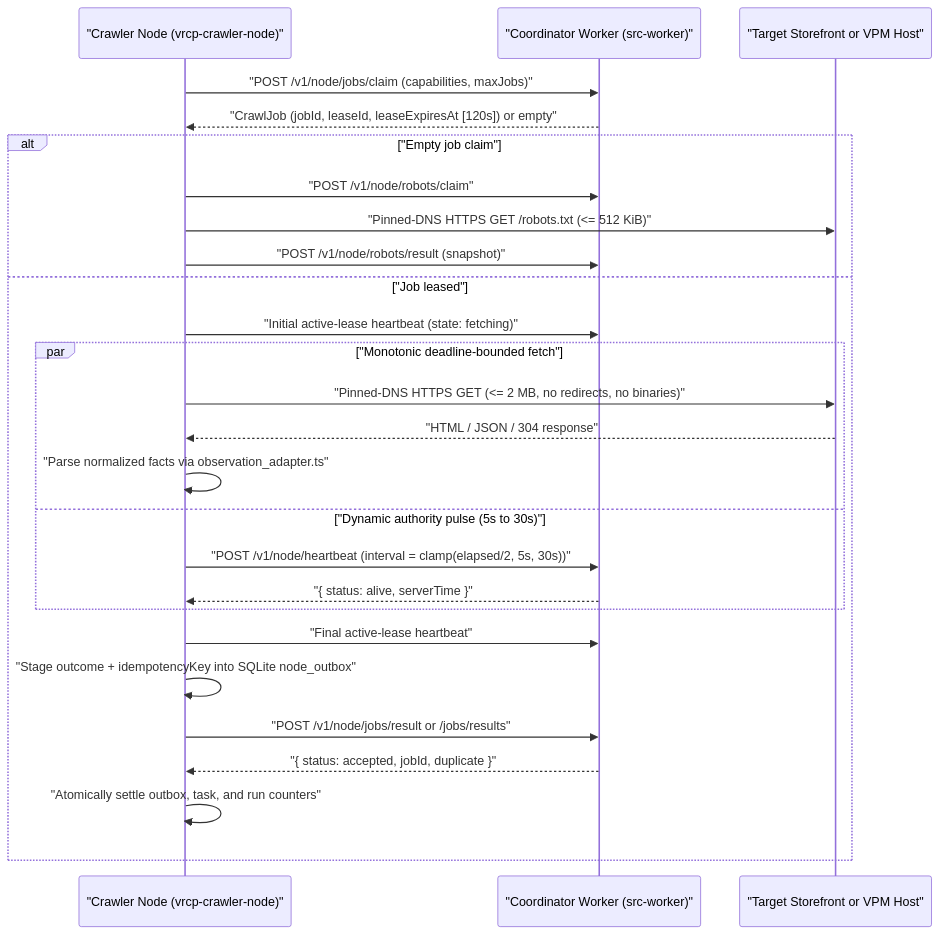
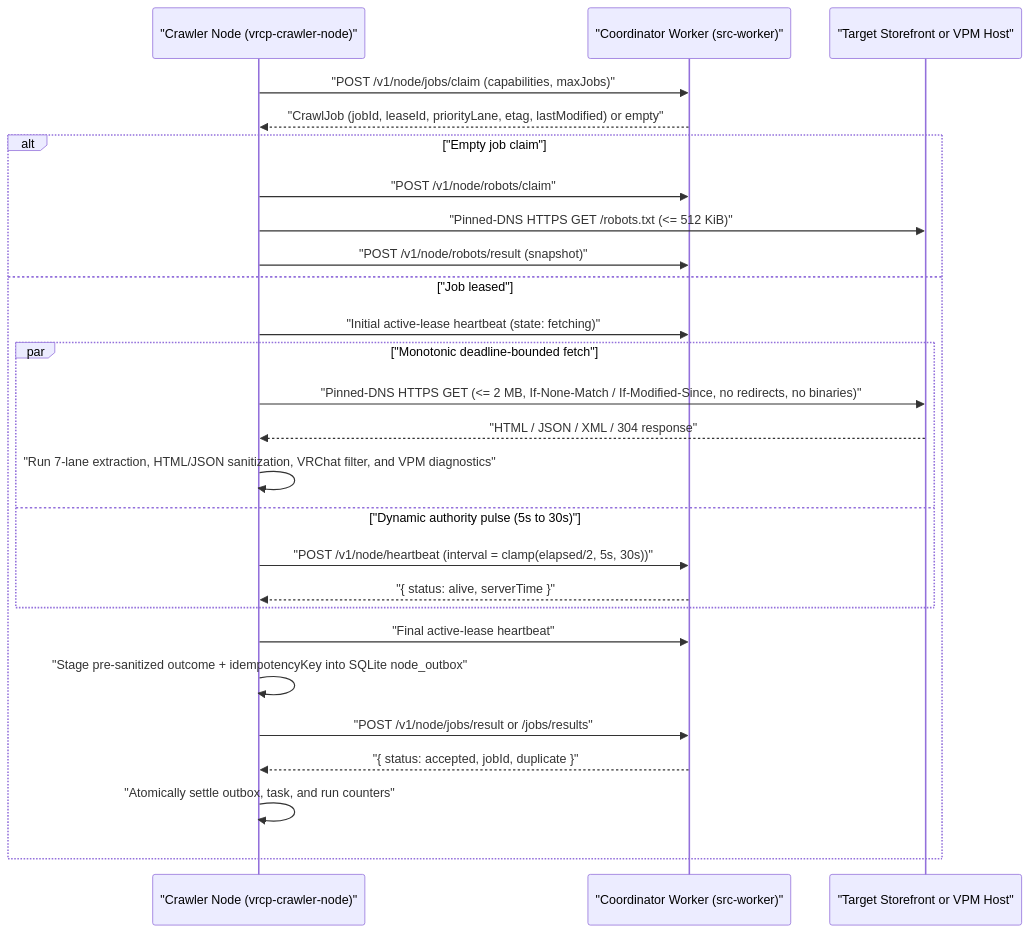
The diagram in docs/source/specifications/crawler_node.md (SlamTheDragon/vrc-packages), drawn with Mermaid before and after one commit. The commit also changed other lines of this file and 21 other files, not shown here.

````diff
--- a/docs/source/specifications/crawler_node.md
+++ b/docs/source/specifications/crawler_node.md
@@ -11,29 +12,29 @@
 ```mermaid
 sequenceDiagram
   participant Node as "Crawler Node (vrcp-crawler-node)"
   participant Coord as "Coordinator Worker (src-worker)"
   participant Origin as "Target Storefront or VPM Host"
 
   Node->>Coord: "POST /v1/node/jobs/claim (capabilities, maxJobs)"
-  Coord-->>Node: "CrawlJob (jobId, leaseId, leaseExpiresAt [120s]) or empty"
+  Coord-->>Node: "CrawlJob (jobId, leaseId, priorityLane, etag, lastModified) or empty"
   alt "Empty job claim"
     Node->>Coord: "POST /v1/node/robots/claim"
     Node->>Origin: "Pinned-DNS HTTPS GET /robots.txt (<= 512 KiB)"
     Node->>Coord: "POST /v1/node/robots/result (snapshot)"
   else "Job leased"
     Node->>Coord: "Initial active-lease heartbeat (state: fetching)"
     par "Monotonic deadline-bounded fetch"
-      Node->>Origin: "Pinned-DNS HTTPS GET (<= 2 MB, no redirects, no binaries)"
-      Origin-->>Node: "HTML / JSON / 304 response"
-      Node->>Node: "Parse normalized facts via observation_adapter.ts"
+      Node->>Origin: "Pinned-DNS HTTPS GET (<= 2 MB, If-None-Match / If-Modified-Since, no redirects, no binaries)"
+      Origin-->>Node: "HTML / JSON / XML / 304 response"
+      Node->>Node: "Run 7-lane extraction, HTML/JSON sanitization, VRChat filter, and VPM diagnostics"
     and "Dynamic authority pulse (5s to 30s)"
       Node->>Coord: "POST /v1/node/heartbeat (interval = clamp(elapsed/2, 5s, 30s))"
       Coord-->>Node: "{ status: alive, serverTime }"
     end
     Node->>Coord: "Final active-lease heartbeat"
-    Node->>Node: "Stage outcome + idempotencyKey into SQLite node_outbox"
+    Node->>Node: "Stage pre-sanitized outcome + idempotencyKey into SQLite node_outbox"
     Node->>Coord: "POST /v1/node/jobs/result or /jobs/results"
     Coord-->>Node: "{ status: accepted, jobId, duplicate }"
     Node->>Node: "Atomically settle outbox, task, and run counters"
   end
 ```
````
